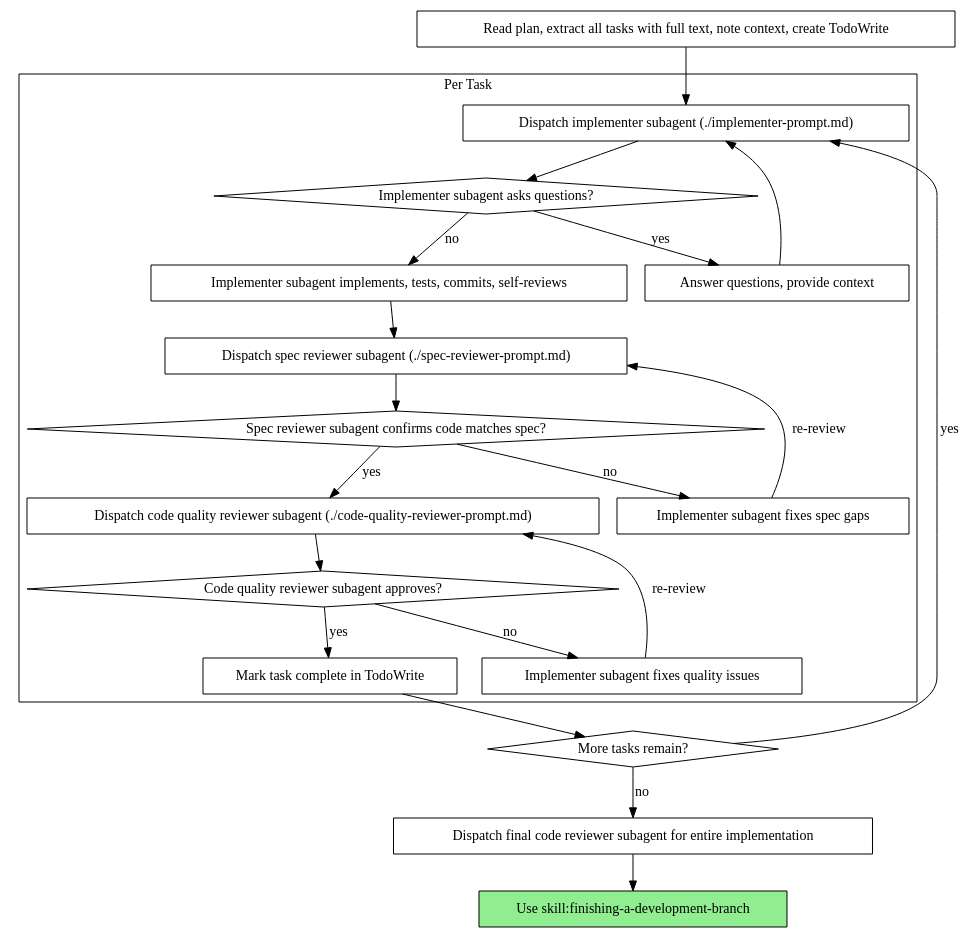
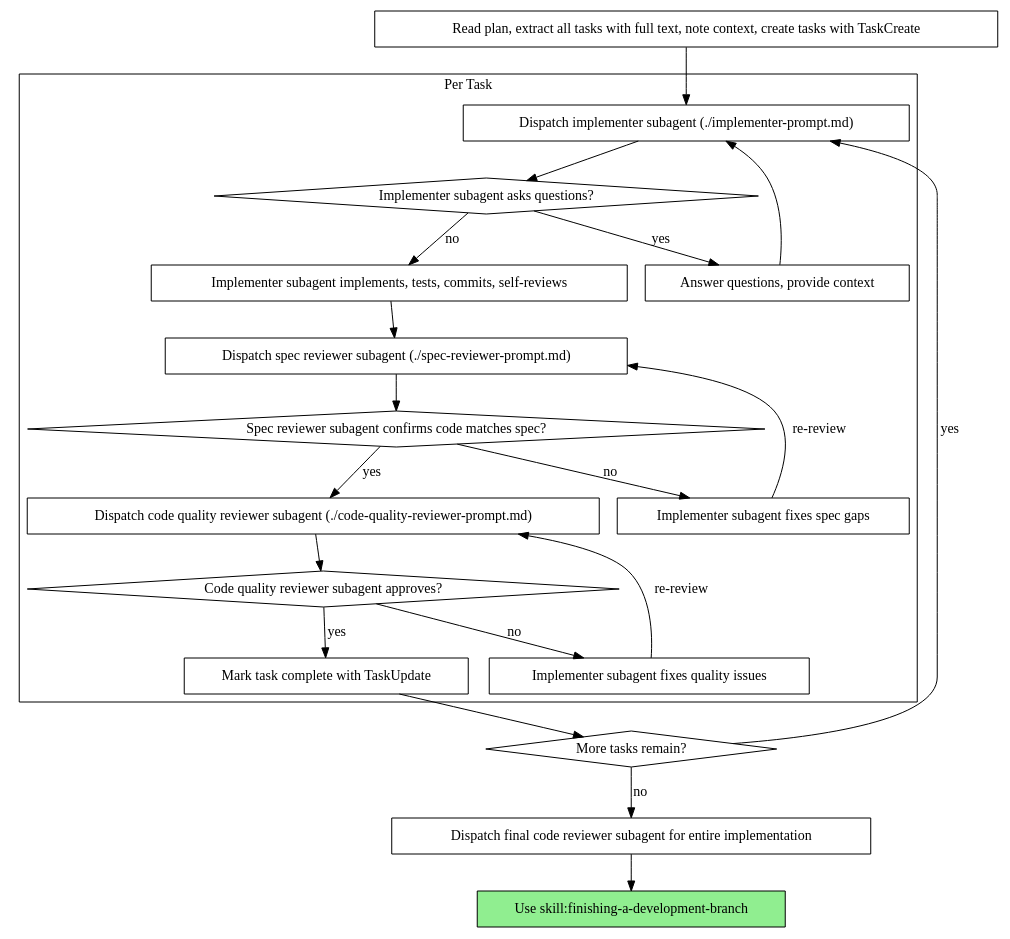
One commit to F0rty-Tw0/.claude changed the second of 2 diagrams in skills/subagent-driven-development/SKILL.md. Above: the diagram before and after it, drawn with Graphviz. The commit also changed other lines of this file and 7 other files, not shown here.

````diff
--- a/skills/subagent-driven-development/SKILL.md
+++ b/skills/subagent-driven-development/SKILL.md
@@ -41,44 +41,44 @@
 ```dot
 digraph process {
     rankdir=TB;
 
     subgraph cluster_per_task {
         label="Per Task";
         "Dispatch implementer subagent (./implementer-prompt.md)" [shape=box];
         "Implementer subagent asks questions?" [shape=diamond];
         "Answer questions, provide context" [shape=box];
         "Implementer subagent implements, tests, commits, self-reviews" [shape=box];
         "Dispatch spec reviewer subagent (./spec-reviewer-prompt.md)" [shape=box];
         "Spec reviewer subagent confirms code matches spec?" [shape=diamond];
         "Implementer subagent fixes spec gaps" [shape=box];
         "Dispatch code quality reviewer subagent (./code-quality-reviewer-prompt.md)" [shape=box];
         "Code quality reviewer subagent approves?" [shape=diamond];
         "Implementer subagent fixes quality issues" [shape=box];
-        "Mark task complete in TodoWrite" [shape=box];
+        "Mark task complete with TaskUpdate" [shape=box];
     }
 
-    "Read plan, extract all tasks with full text, note context, create TodoWrite" [shape=box];
+    "Read plan, extract all tasks with full text, note context, create tasks with TaskCreate" [shape=box];
     "More tasks remain?" [shape=diamond];
     "Dispatch final code reviewer subagent for entire implementation" [shape=box];
     "Use skill:finishing-a-development-branch" [shape=box style=filled fillcolor=lightgreen];
 
-    "Read plan, extract all tasks with full text, note context, create TodoWrite" -> "Dispatch implementer subagent (./implementer-prompt.md)";
+    "Read plan, extract all tasks with full text, note context, create tasks with TaskCreate" -> "Dispatch implementer subagent (./implementer-prompt.md)";
     "Dispatch implementer subagent (./implementer-prompt.md)" -> "Implementer subagent asks questions?";
     "Implementer subagent asks questions?" -> "Answer questions, provide context" [label="yes"];
     "Answer questions, provide context" -> "Dispatch implementer subagent (./implementer-prompt.md)";
     "Implementer subagent asks questions?" -> "Implementer subagent implements, tests, commits, self-reviews" [label="no"];
     "Implementer subagent implements, tests, commits, self-reviews" -> "Dispatch spec reviewer subagent (./spec-reviewer-prompt.md)";
     "Dispatch spec reviewer subagent (./spec-reviewer-prompt.md)" -> "Spec reviewer subagent confirms code matches spec?";
     "Spec reviewer subagent confirms code matches spec?" -> "Implementer subagent fixes spec gaps" [label="no"];
     "Implementer subagent fixes spec gaps" -> "Dispatch spec reviewer subagent (./spec-reviewer-prompt.md)" [label="re-review"];
     "Spec reviewer subagent confirms code matches spec?" -> "Dispatch code quality reviewer subagent (./code-quality-reviewer-prompt.md)" [label="yes"];
     "Dispatch code quality reviewer subagent (./code-quality-reviewer-prompt.md)" -> "Code quality reviewer subagent approves?";
     "Code quality reviewer subagent approves?" -> "Implementer subagent fixes quality issues" [label="no"];
     "Implementer subagent fixes quality issues" -> "Dispatch code quality reviewer subagent (./code-quality-reviewer-prompt.md)" [label="re-review"];
-    "Code quality reviewer subagent approves?" -> "Mark task complete in TodoWrite" [label="yes"];
-    "Mark task complete in TodoWrite" -> "More tasks remain?";
+    "Code quality reviewer subagent approves?" -> "Mark task complete with TaskUpdate" [label="yes"];
+    "Mark task complete with TaskUpdate" -> "More tasks remain?";
     "More tasks remain?" -> "Dispatch implementer subagent (./implementer-prompt.md)" [label="yes"];
     "More tasks remain?" -> "Dispatch final code reviewer subagent for entire implementation" [label="no"];
     "Dispatch final code reviewer subagent for entire implementation" -> "Use skill:finishing-a-development-branch";
 }
 ```
````
